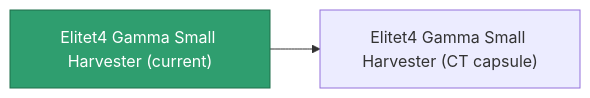
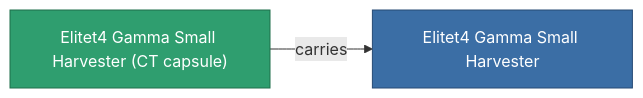
The diagram in content/content/items/elitet4_gamma_small_harvester.md (OpenPerpetuum/Wiki), drawn with Mermaid before and after one commit. The commit also changed other lines of this file and 2015 other files, not shown here.

````diff
--- a/content/content/items/elitet4_gamma_small_harvester.md
+++ b/content/content/items/elitet4_gamma_small_harvester.md
@@ -35,8 +35,9 @@
 ```mermaid
 graph LR
-    a["Elitet4 Gamma Small Harvester (current)"]:::current
-    b["Elitet4 Gamma Small Harvester (CT capsule)"]
-    a --> b
-    click b "/content/items/elitet4-gamma-small-harvester-ct-capsule/" "Elitet4 Gamma Small Harvester (CT capsule)"
+    a["Elitet4 Gamma Small Harvester (CT capsule)"]:::current
+    b["Elitet4 Gamma Small Harvester"]:::finished
+    a -->|carries| b
+                click b "/content/items/elitet4-gamma-small-harvester/" "Elitet4 Gamma Small Harvester"
     classDef current fill:#2f9e6f,stroke:#1f6f4a,color:#ffffff
+    classDef finished fill:#3b6ea5,stroke:#274a75,color:#ffffff
 ```
````
